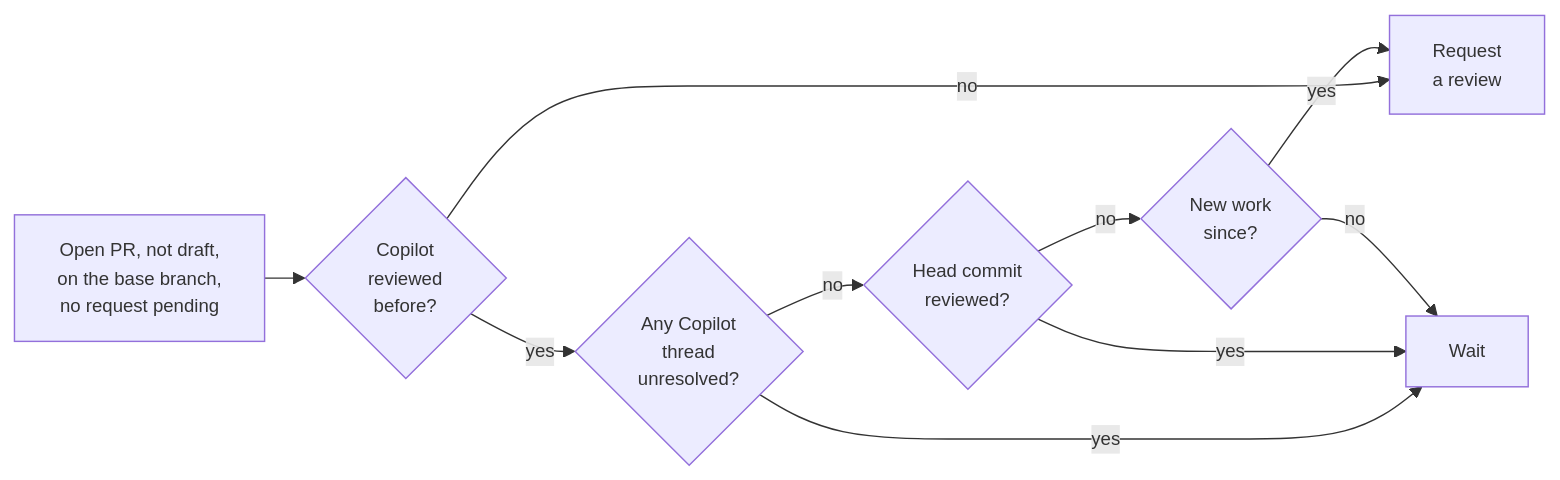
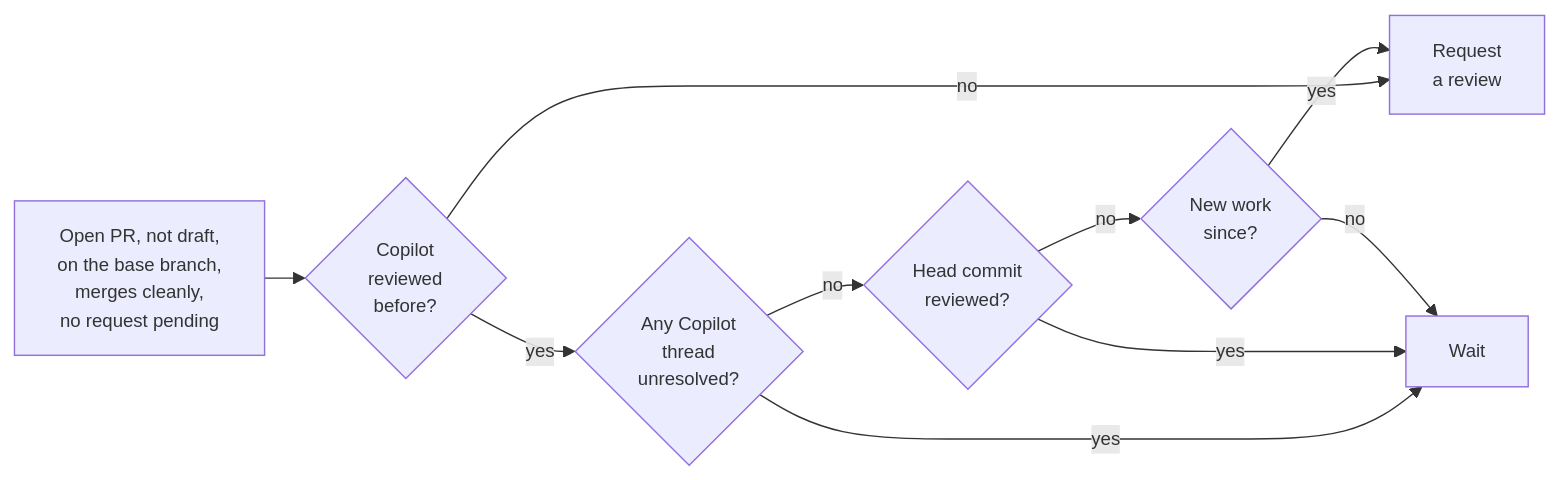
Before and after one commit to XRPLF/ai-automation: the second of 6 diagrams in copilot-review-bot/README.md, drawn with Mermaid. The commit also changed other lines of this file and 3 other files, not shown here.

````diff
--- a/copilot-review-bot/README.md
+++ b/copilot-review-bot/README.md
@@ -159,13 +135,13 @@
 ```mermaid
 %%{init: {'flowchart': {'nodeSpacing': 20, 'rankSpacing': 28}, 'themeVariables': {'fontSize': '13px'}}}%%
 flowchart LR
-    A[Open PR, not draft,<br/>on the base branch,<br/>no request pending] --> E{Copilot<br/>reviewed<br/>before?}
+    A[Open PR, not draft,<br/>on the base branch,<br/>merges cleanly,<br/>no request pending] --> E{Copilot<br/>reviewed<br/>before?}
     E -- no --> R[Request<br/>a review]
     E -- yes --> F{Any Copilot<br/>thread<br/>unresolved?}
     F -- yes --> W[Wait]
     F -- no --> G{Head commit<br/>reviewed?}
     G -- yes --> W
     G -- no --> H{New work<br/>since?}
     H -- yes --> R
     H -- no --> W
 ```
````
